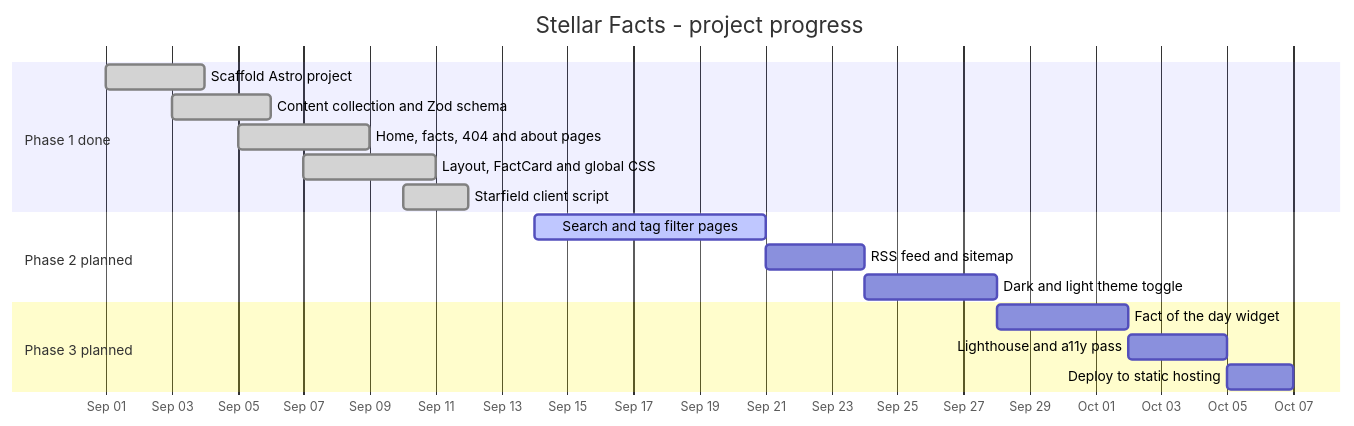
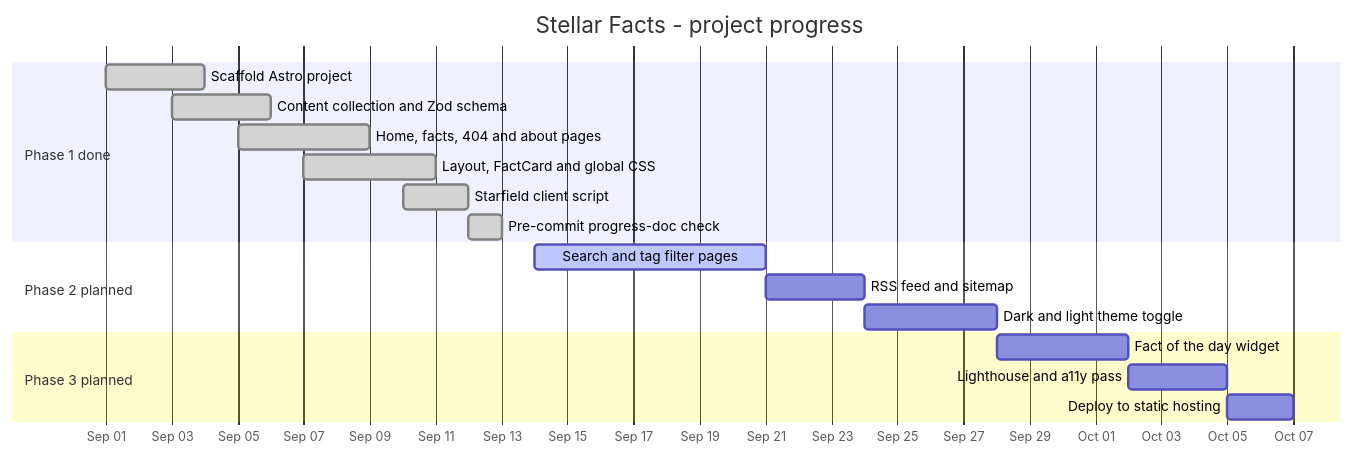
Before and after one commit to ehsankorhani/progress-hooks: the first of 2 diagrams in doc/progress-indicator.md, drawn with Mermaid. The commit also changed other lines of this file and 5 other files, not shown here.

First line of the commit message:
Add agent-driven progress-doc workflow with pre-commit verifier

````diff
--- a/doc/progress-indicator.md
+++ b/doc/progress-indicator.md
@@ -32,23 +35,24 @@
 ```mermaid
 gantt
     title Stellar Facts - project progress
     dateFormat YYYY-MM-DD
     axisFormat %b %d
 
     section Phase 1 done
     Scaffold Astro project              :done, scaffold, 2026-09-01, 2026-09-04
     Content collection and Zod schema   :done, schema, 2026-09-03, 2026-09-06
     Home, facts, 404 and about pages    :done, pages, 2026-09-05, 2026-09-09
     Layout, FactCard and global CSS     :done, ui, 2026-09-07, 2026-09-11
     Starfield client script             :done, stars, 2026-09-10, 2026-09-12
+    Pre-commit progress-doc check       :done, hookcheck, 2026-09-12, 2026-09-13
 
     section Phase 2 planned
     Search and tag filter pages         :active, search, 2026-09-14, 7d
     RSS feed and sitemap                :rss, after search, 3d
     Dark and light theme toggle         :theme, after rss, 4d
 
     section Phase 3 planned
     Fact of the day widget              :widget, after theme, 4d
     Lighthouse and a11y pass            :audit, after widget, 3d
     Deploy to static hosting            :deploy, after audit, 2d
 ```
````
